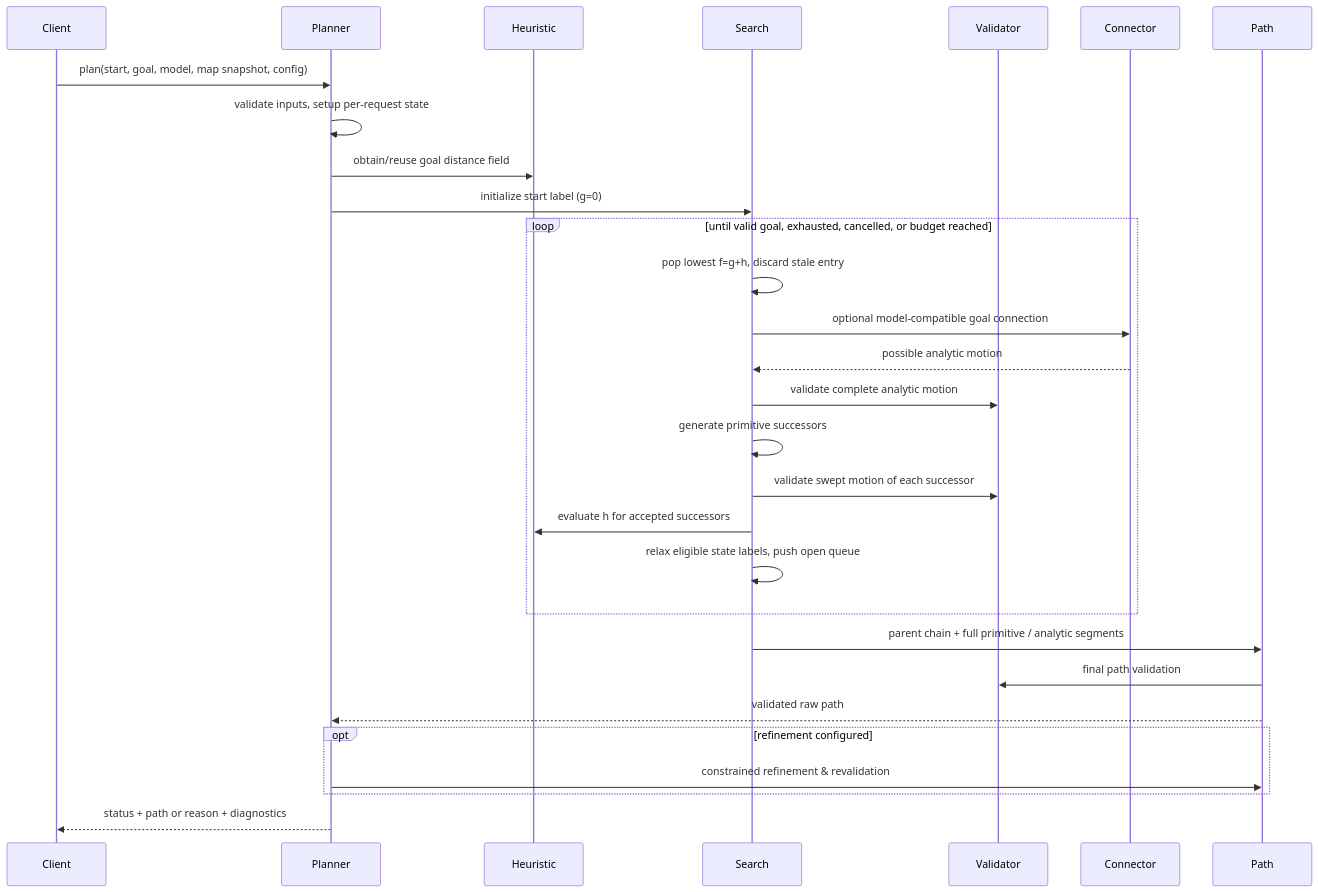
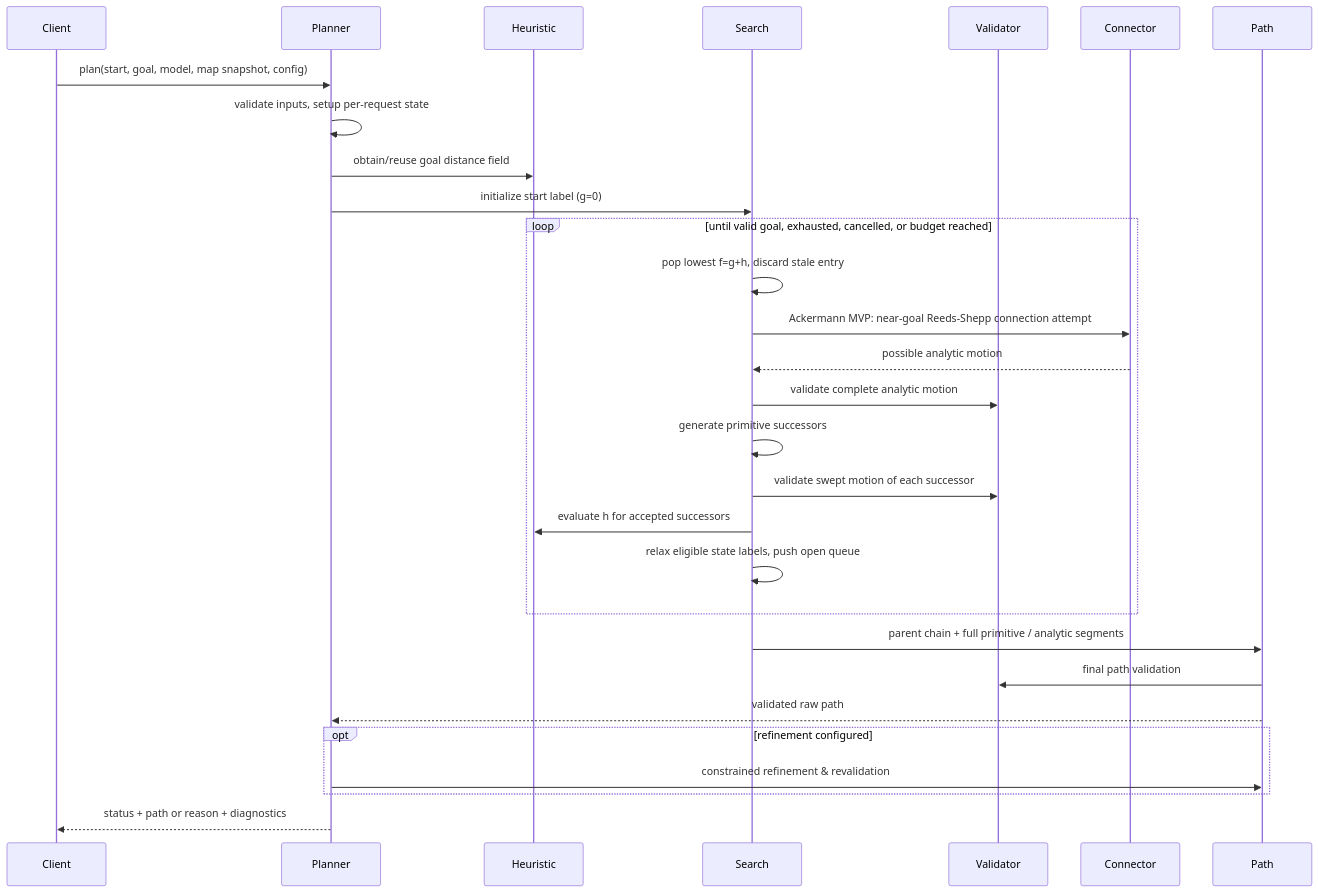
One commit to civcode/hybrid-astar-cpp changed the diagram in docs/architecture/algorithms.md. Above: the diagram before and after it, drawn with Mermaid. The commit also changed other lines of this file, not shown here.

Commit message:
docs: make Reeds-Shepp near-goal expansion mandatory in Ackermann MVP

````diff
--- a/docs/architecture/algorithms.md
+++ b/docs/architecture/algorithms.md
@@ -7,31 +7,31 @@
 ```mermaid
 sequenceDiagram
   participant Client
   participant Planner
   participant Heuristic
   participant Search
   participant Validator
   participant Connector
   participant Path
   Client->>Planner: plan(start, goal, model, map snapshot, config)
   Planner->>Planner: validate inputs, setup per-request state
   Planner->>Heuristic: obtain/reuse goal distance field
   Planner->>Search: initialize start label (g=0)
   loop until valid goal, exhausted, cancelled, or budget reached
     Search->>Search: pop lowest f=g+h, discard stale entry
-    Search->>Connector: optional model-compatible goal connection
+    Search->>Connector: Ackermann MVP: near-goal Reeds-Shepp connection attempt
     Connector-->>Search: possible analytic motion
     Search->>Validator: validate complete analytic motion
     Search->>Search: generate primitive successors
     Search->>Validator: validate swept motion of each successor
     Search->>Heuristic: evaluate h for accepted successors
     Search->>Search: relax eligible state labels, push open queue
   end
   Search->>Path: parent chain + full primitive / analytic segments
   Path->>Validator: final path validation
   Path-->>Planner: validated raw path
   opt refinement configured
     Planner->>Path: constrained refinement & revalidation
   end
   Planner-->>Client: status + path or reason + diagnostics
 ```
````
